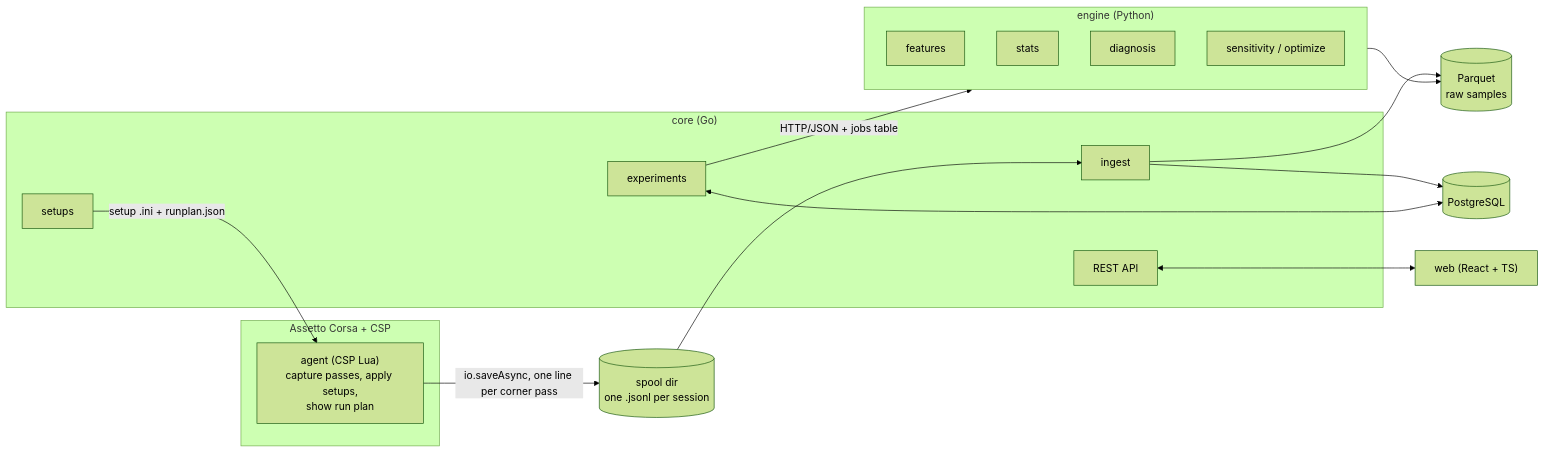
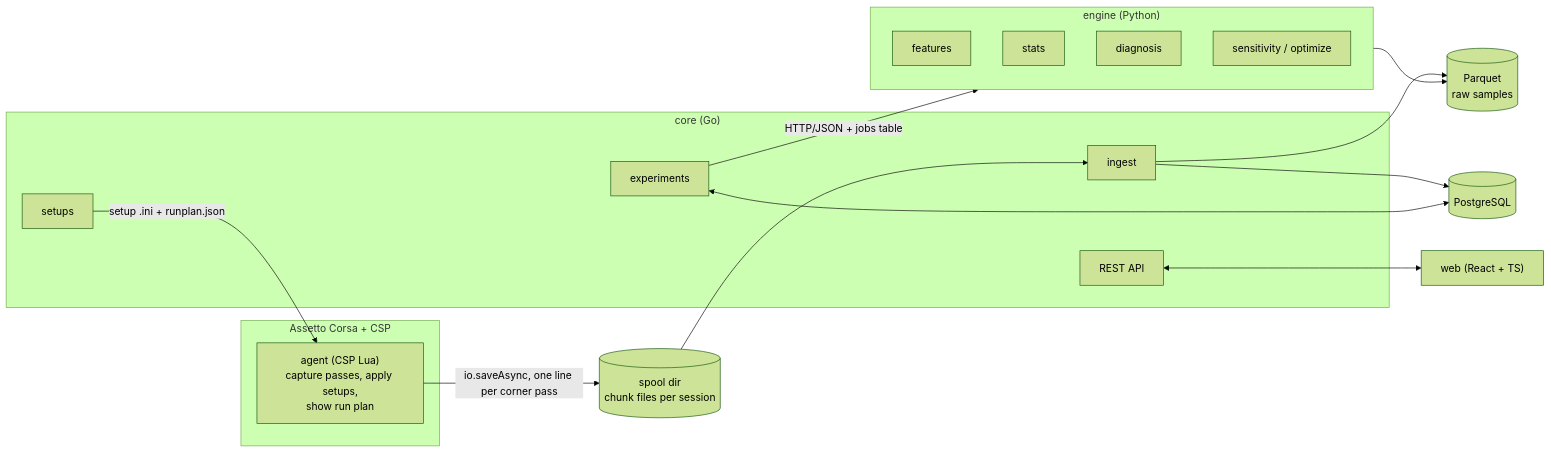
Before and after one commit to JassV9/Apex-Forge-Paddock: the diagram in docs/architecture.md, drawn with Mermaid (forest theme). The commit also changed other lines of this file and 89 other files, not shown here.

````diff
--- a/docs/architecture.md
+++ b/docs/architecture.md
@@ -12,32 +12,32 @@
 ```mermaid
 flowchart LR
   subgraph AC["Assetto Corsa + CSP"]
     AG["agent (CSP Lua)<br/>capture passes, apply setups,<br/>show run plan"]
   end
-  SP[("spool dir<br/>one .jsonl per session")]
+  SP[("spool dir<br/>chunk files per session")]
   subgraph CORE["core (Go)"]
     ING[ingest]
     EXP[experiments]
     SET[setups]
     API[REST API]
   end
   subgraph ENG["engine (Python)"]
     FEAT[features]
     STAT[stats]
     DIAG[diagnosis]
     SENS[sensitivity / optimize]
   end
   PG[(PostgreSQL)]
   PQ[(Parquet<br/>raw samples)]
   UI["web (React + TS)"]
 
   AG -- "io.saveAsync, one line per corner pass" --> SP
   SP --> ING
   ING --> PQ
   ING --> PG
   SET -- "setup .ini + runplan.json" --> AG
   EXP <--> PG
   EXP -- "HTTP/JSON + jobs table" --> ENG
   ENG --> PQ
   API <--> UI
 ```
````
